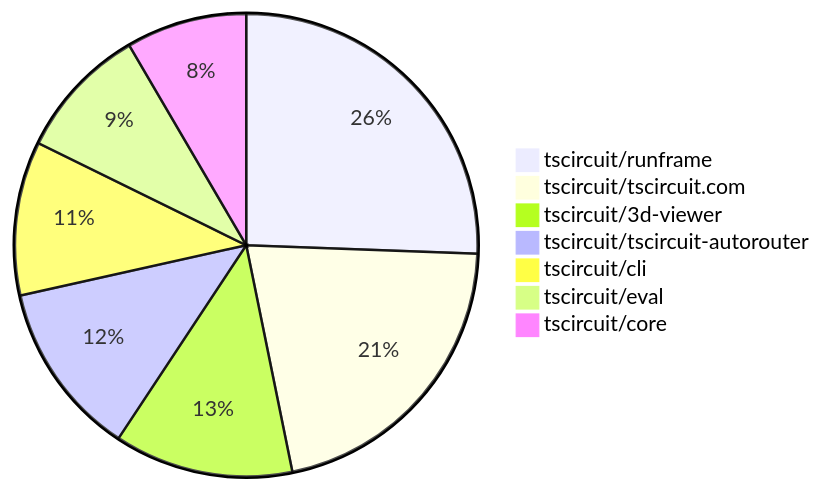
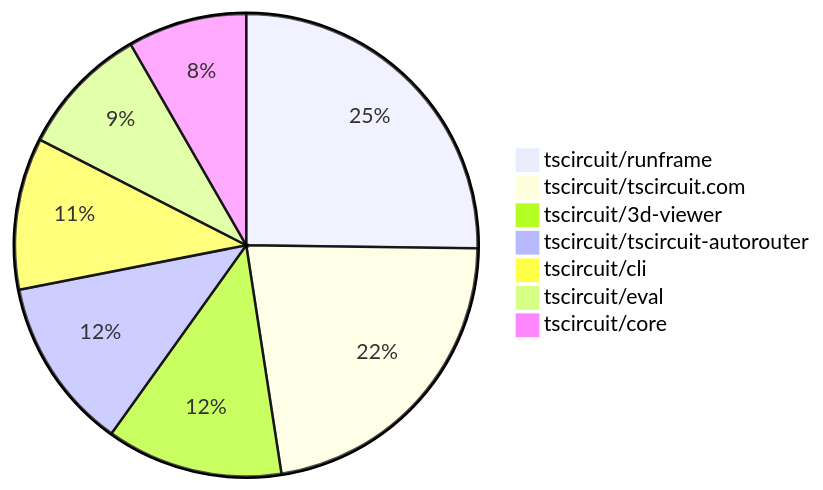
The second of 2 diagrams in README.md (tscircuit/contribution-tracker), drawn with Mermaid before and after one commit. The commit also changed other lines of this file and 3 other files, not shown here.

````diff
--- a/README.md
+++ b/README.md
@@ -145,10 +145,10 @@
 ```mermaid
 pie
     "tscircuit/runframe" : 88
-    "tscircuit/tscircuit.com" : 73
+    "tscircuit/tscircuit.com" : 78
     "tscircuit/3d-viewer" : 43
     "tscircuit/tscircuit-autorouter" : 42
     "tscircuit/cli" : 37
     "tscircuit/eval" : 32
     "tscircuit/core" : 29
 ```
````
